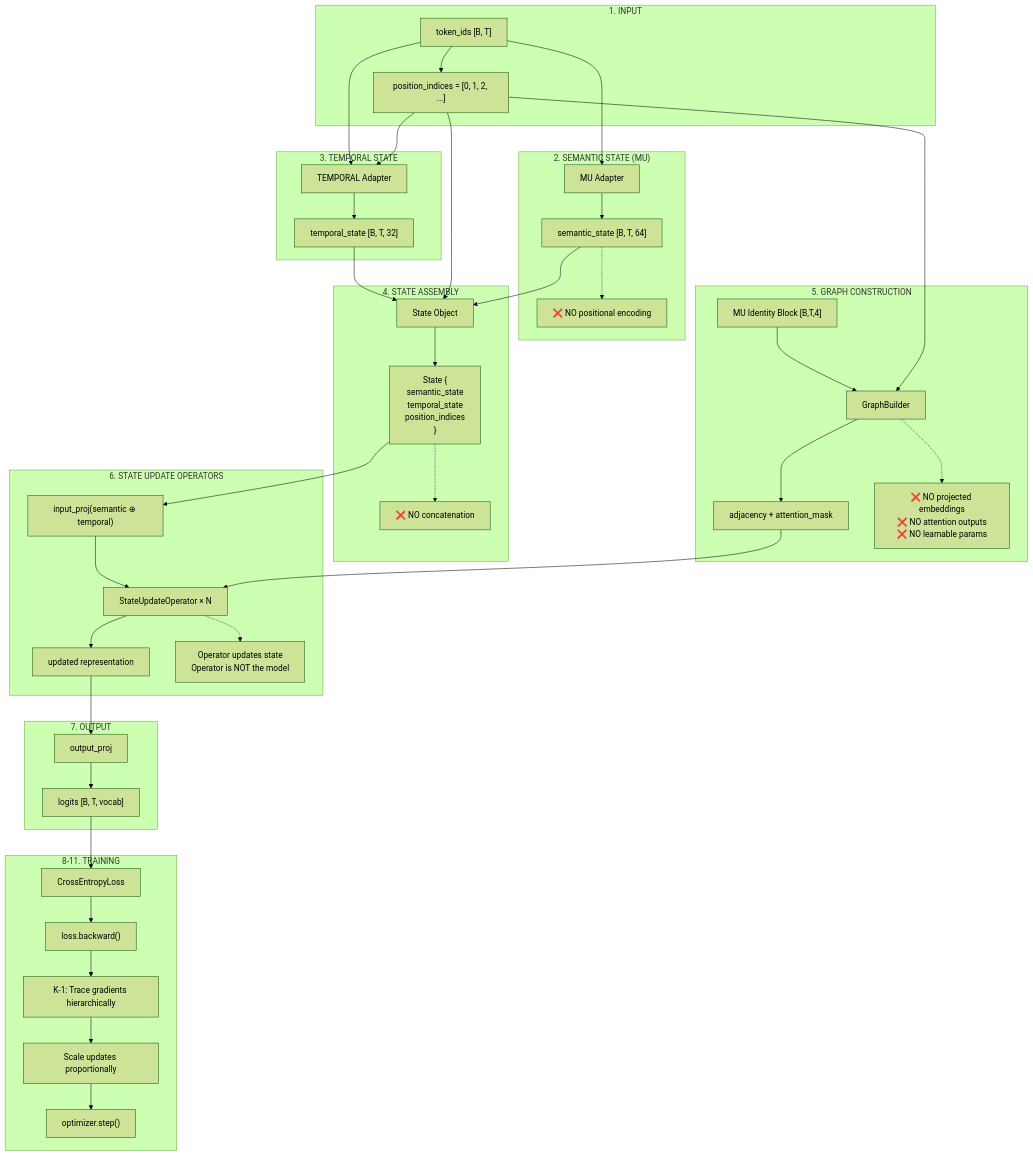
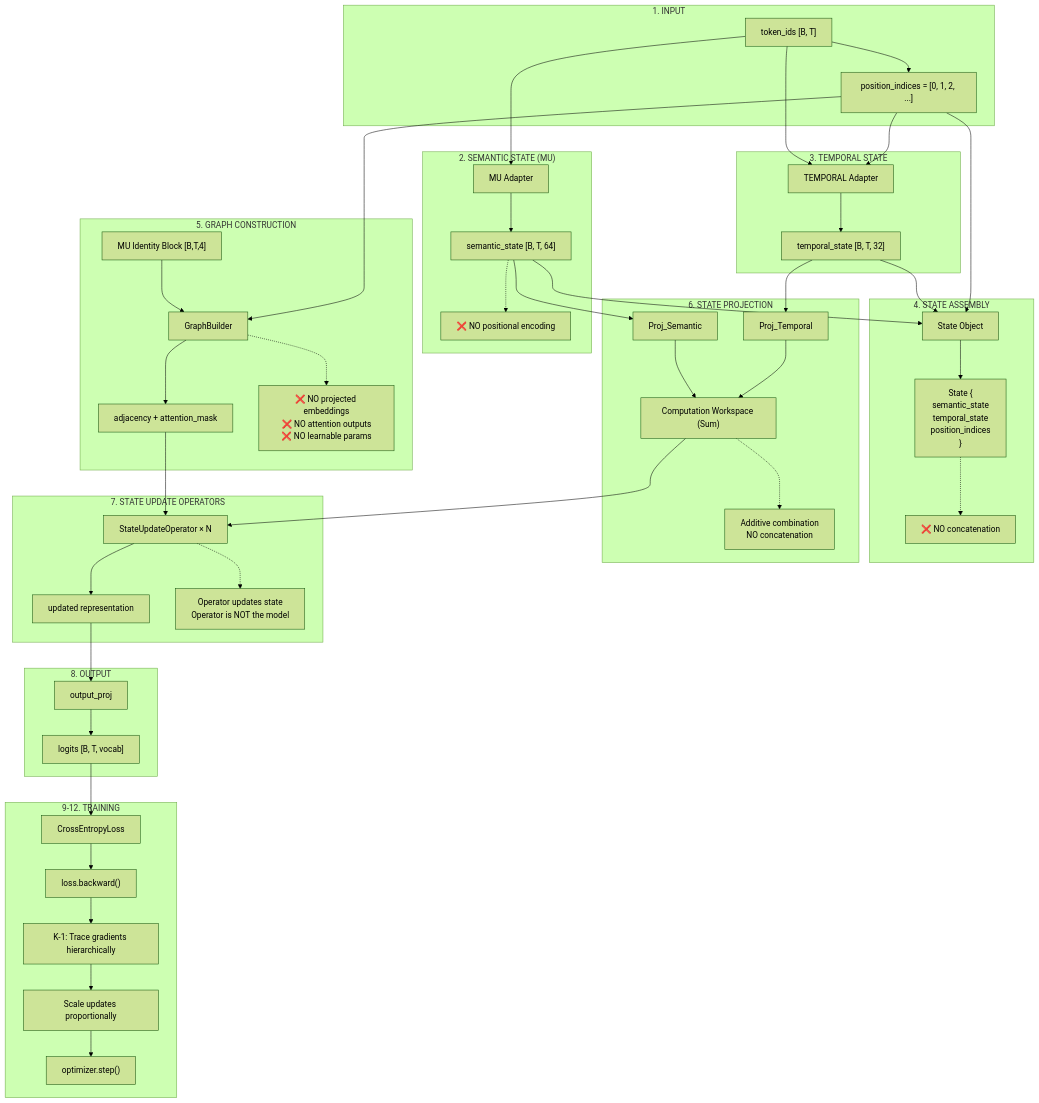
Before and after one commit to PlanetDestroyyer/Self-Organizing-State-Model: the diagram in ARCHITECTURE.md, drawn with Mermaid (forest theme). The commit also changed 1 other file, not shown here.

Commit message:
Refactor: Replace state concatenation with StateProjector

````diff
--- a/ARCHITECTURE.md
+++ b/ARCHITECTURE.md
@@ -9,54 +9,61 @@
 ```mermaid
 flowchart TB
     subgraph "1. INPUT"
         A["token_ids [B, T]"] --> B["position_indices = [0, 1, 2, ...]"]
     end
     
     subgraph "2. SEMANTIC STATE (MU)"
         A --> C["MU Adapter"]
         C --> D["semantic_state [B, T, 64]"]
         D -.-> D1["❌ NO positional encoding"]
     end
     
     subgraph "3. TEMPORAL STATE"
         A --> E["TEMPORAL Adapter"]
         B --> E
         E --> F["temporal_state [B, T, 32]"]
     end
     
     subgraph "4. STATE ASSEMBLY"
         D --> G["State Object"]
         F --> G
         B --> G
         G --> H["State {\n  semantic_state\n  temporal_state\n  position_indices\n}"]
         H -.-> H1["❌ NO concatenation"]
     end
     
     subgraph "5. GRAPH CONSTRUCTION"
         I["MU Identity Block [B,T,4]"] --> J["GraphBuilder"]
         B --> J
         J --> K["adjacency + attention_mask"]
         J -.-> J1["❌ NO projected embeddings\n❌ NO attention outputs\n❌ NO learnable params"]
     end
     
-    subgraph "6. STATE UPDATE OPERATORS"
-        H --> L["input_proj(semantic ⊕ temporal)"]
-        L --> M["StateUpdateOperator × N"]
+    subgraph "6. STATE PROJECTION"
+        D --> SP1["Proj_Semantic"]
+        F --> SP2["Proj_Temporal"]
+        SP1 --> CW["Computation Workspace (Sum)"]
+        SP2 --> CW
+        CW -.-> CW1["Additive combination\nNO concatenation"]
+    end
+    
+    subgraph "7. STATE UPDATE OPERATORS"
+        CW --> M["StateUpdateOperator × N"]
         K --> M
         M --> N["updated representation"]
         M -.-> M1["Operator updates state\nOperator is NOT the model"]
     end
     
-    subgraph "7. OUTPUT"
+    subgraph "8. OUTPUT"
         N --> O["output_proj"]
         O --> P["logits [B, T, vocab]"]
     end
     
-    subgraph "8-11. TRAINING"
+    subgraph "9-12. TRAINING"
         P --> Q["CrossEntropyLoss"]
         Q --> R["loss.backward()"]
         R --> S["K-1: Trace gradients hierarchically"]
         S --> T["Scale updates proportionally"]
         T --> U["optimizer.step()"]
     end
 ```
````
